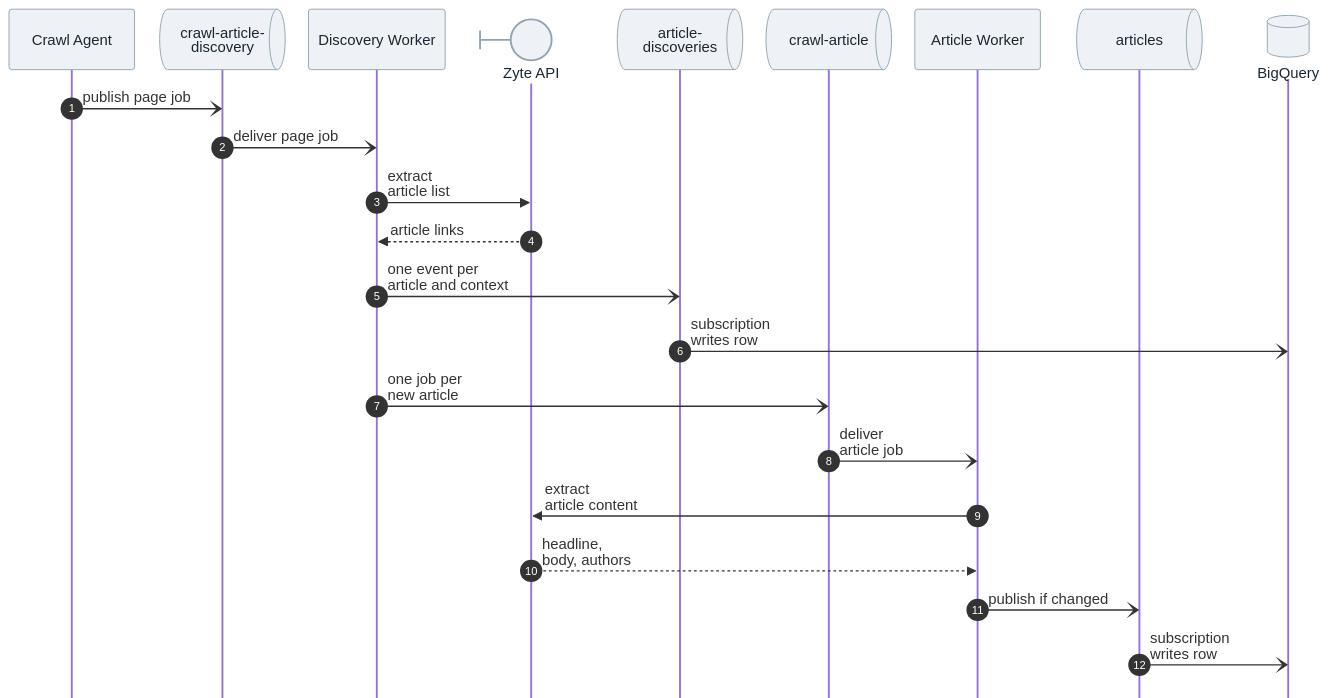
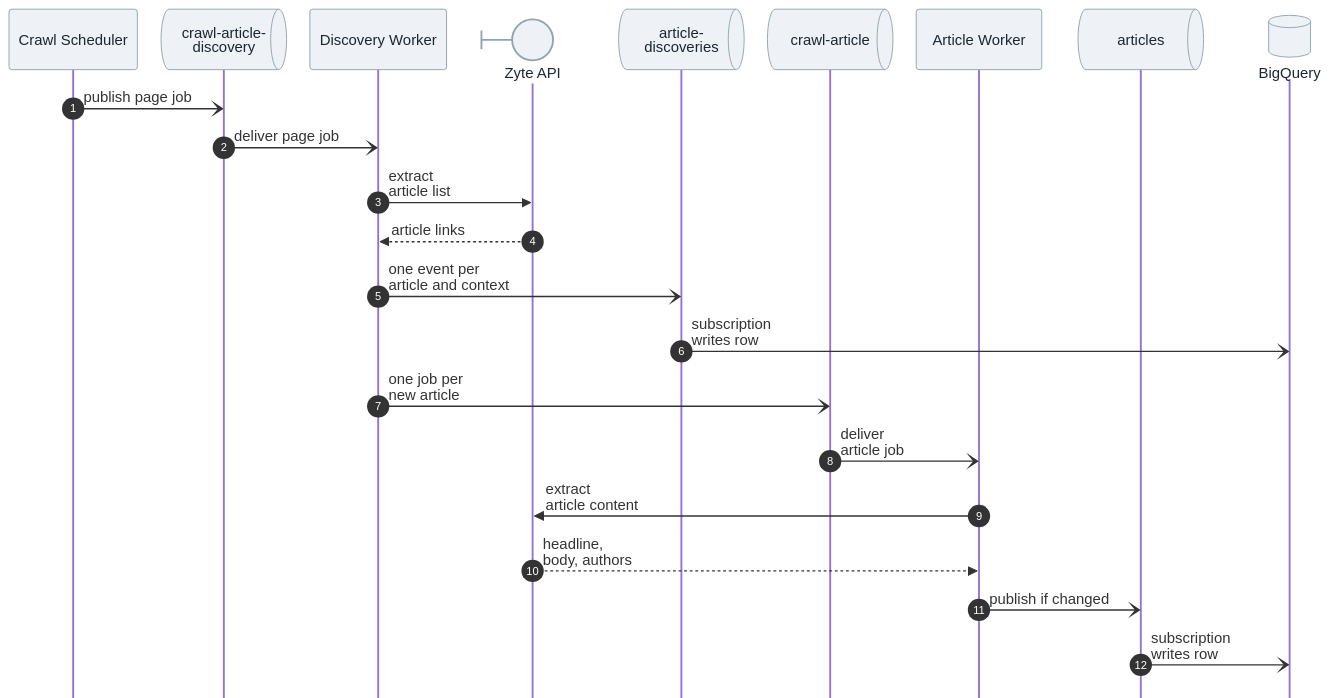
Before and after one commit to mozilla/hnt-content: the fourth of 5 diagrams in docs/crawl/ARCHITECTURE.md, drawn with Mermaid. The commit also changed other lines of this file and 1 other file, not shown here.

First line of the commit message:
docs(HNT-2978): rename the crawl agent to the crawl scheduler

````diff
--- a/docs/crawl/ARCHITECTURE.md
+++ b/docs/crawl/ARCHITECTURE.md
@@ -282,27 +283,27 @@
 ```mermaid
 %%{init: {'sequence':{'mirrorActors':false,'width':135,'actorMargin':25,'diagramMarginX':100,'boxMargin':8,'messageMargin':26,'diagramMarginY':26,'messageAlign':'left'}, 'themeVariables':{'actorBkg':'#eef2f7','actorBorder':'#90a4ae','actorTextColor':'#1b2631','noteBkgColor':'#fdf2e9','noteBorderColor':'#935116','noteTextColor':'#5b3410'}}}%%
 sequenceDiagram
     autonumber
-    participant Agent as Crawl Agent
+    participant Sched as Crawl Scheduler
     participant DiscQ@{ "type": "queue" } as crawl-article-<br/>discovery
     participant Disc as Discovery Worker
     participant Zyte@{ "type": "boundary" } as Zyte API
     participant DiscT@{ "type": "queue" } as article-<br/>discoveries
     participant ArtQ@{ "type": "queue" } as crawl-article
     participant Art as Article Worker
     participant ArtT@{ "type": "queue" } as articles
     participant BQ@{ "type": "database" } as BigQuery
 
-    Agent-)DiscQ: publish page job
+    Sched-)DiscQ: publish page job
     DiscQ-)Disc: deliver page job
     Disc->>Zyte: extract<br/>article list
     Zyte-->>Disc: article links
     Disc-)DiscT: one event per<br/>article and context
     DiscT-)BQ: subscription<br/>writes row
     Disc-)ArtQ: one job per<br/>new article
     ArtQ-)Art: deliver<br/>article job
     Art->>Zyte: extract<br/>article content
     Zyte-->>Art: headline,<br/>body, authors
     Art-)ArtT: publish if changed
     ArtT-)BQ: subscription<br/>writes row
 ```
````
